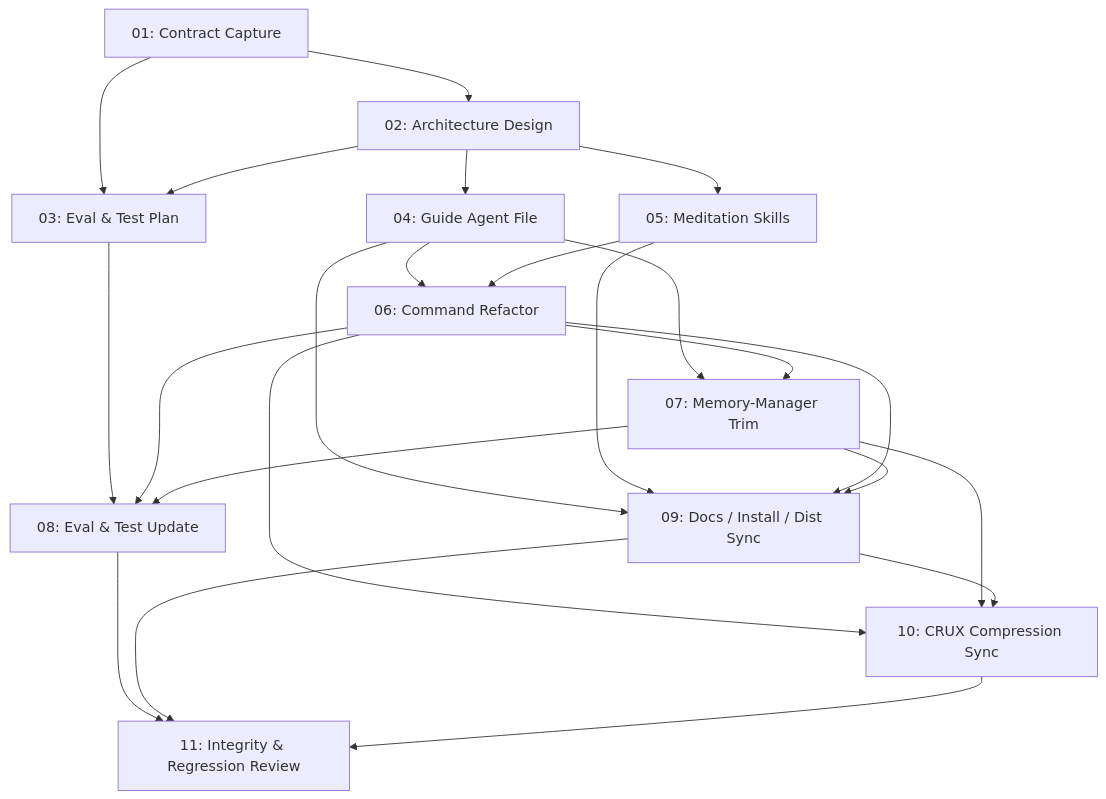
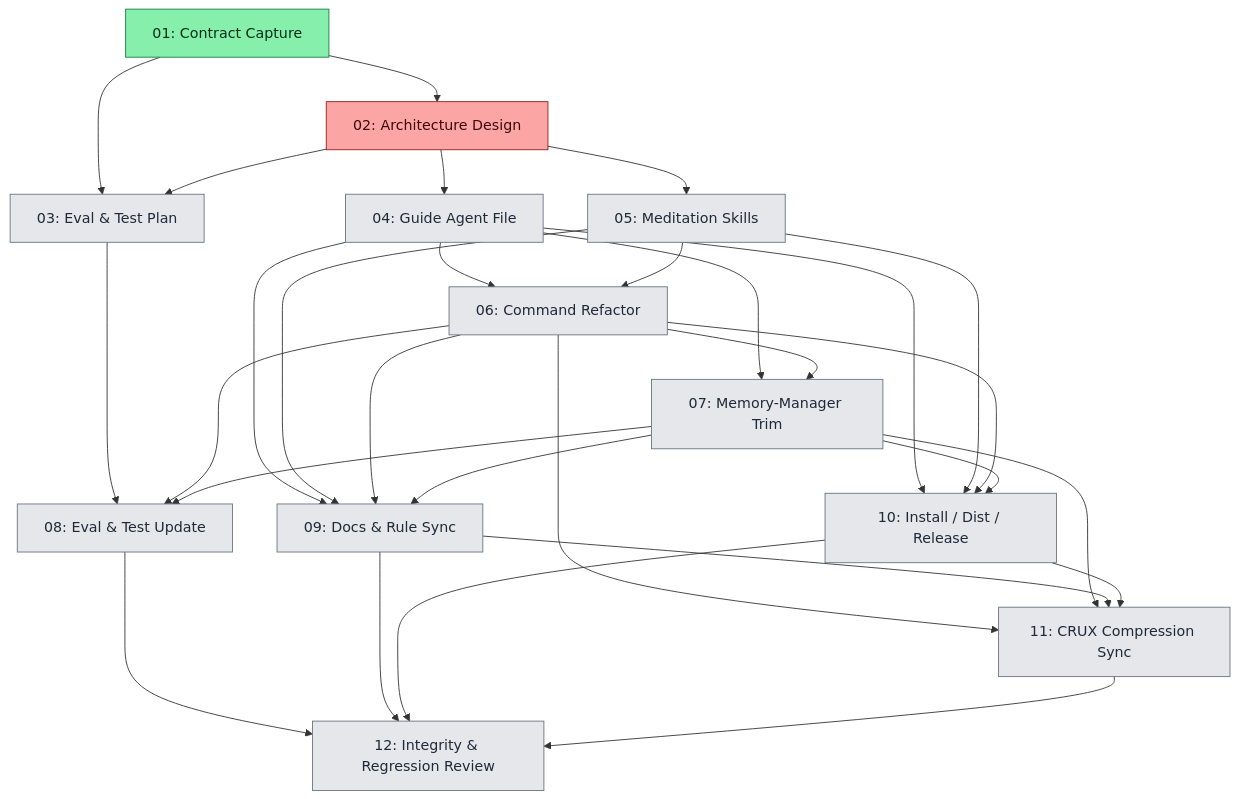
Before and after one commit to zotoio/CRUX-Compress: the diagram in specs/20260517-meditate-agent-skill-decomposition/spec-meditate-agent-skill-decomposition-20260517.md, drawn with Mermaid. The commit also changed other lines of this file and 52 other files, not shown here.

````diff
--- a/specs/20260517-meditate-agent-skill-decomposition/spec-meditate-agent-skill-decomposition-20260517.md
+++ b/specs/20260517-meditate-agent-skill-decomposition/spec-meditate-agent-skill-decomposition-20260517.md
@@ -197,25 +201,40 @@
 ```mermaid
 graph TD
     S01[01: Contract Capture] --> S02[02: Architecture Design]
     S01 --> S03[03: Eval & Test Plan]
     S02 --> S03
     S02 --> S04[04: Guide Agent File]
     S02 --> S05[05: Meditation Skills]
     S04 --> S06[06: Command Refactor]
     S05 --> S06
     S04 --> S07[07: Memory-Manager Trim]
     S06 --> S07
     S03 --> S08[08: Eval & Test Update]
     S06 --> S08
     S07 --> S08
-    S04 --> S09[09: Docs / Install / Dist Sync]
+    S04 --> S09[09: Docs & Rule Sync]
     S05 --> S09
     S06 --> S09
     S07 --> S09
-    S06 --> S10[10: CRUX Compression Sync]
+    S04 --> S10[10: Install / Dist / Release]
+    S05 --> S10
+    S06 --> S10
     S07 --> S10
-    S09 --> S10
-    S08 --> S11[11: Integrity & Regression Review]
+    S06 --> S11[11: CRUX Compression Sync]
+    S07 --> S11
     S09 --> S11
     S10 --> S11
+    S08 --> S12[12: Integrity & Regression Review]
+    S09 --> S12
+    S10 --> S12
+    S11 --> S12
+
+%% spec-system:classes:begin
+classDef specDone fill:#86efac,stroke:#15803d,color:#052e16
+classDef specBlocked fill:#fca5a5,stroke:#991b1b,color:#3f0a0a
+classDef specPending fill:#e5e7eb,stroke:#6b7280,color:#1f2937
+class S01 specDone
+class S02 specBlocked
+class S03,S04,S05,S06,S07,S08,S09,S10,S11,S12 specPending
+%% spec-system:classes:end
 ```
````
